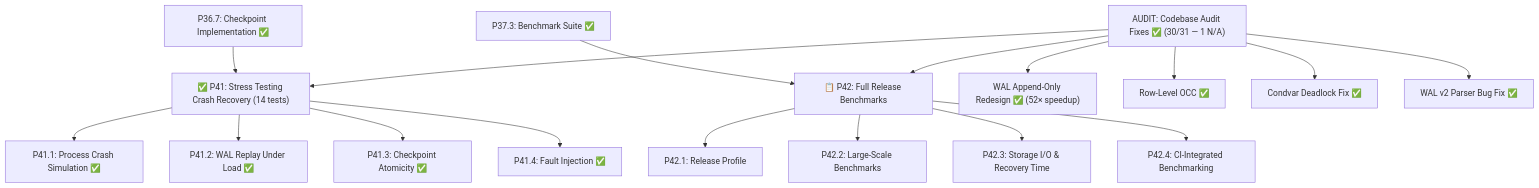
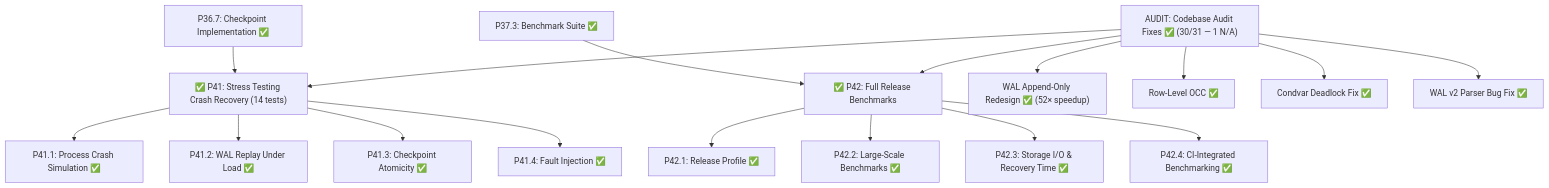
The diagram in akar-core/implementation_plan.md (mlengse/akar), drawn with Mermaid before and after one commit. The commit also changed other lines of this file and 9 other files, not shown here.

Commit message:
perf: add comprehensive benchmark suite for scalability testing and recovery time analysis

````diff
--- a/akar-core/implementation_plan.md
+++ b/akar-core/implementation_plan.md
@@ -208,19 +209,19 @@
 ```mermaid
 graph TD
     P36_7["P36.7: Checkpoint Implementation ✅"] --> P41["✅ P41: Stress Testing Crash Recovery (14 tests)"]
-    P37_3["P37.3: Benchmark Suite ✅"] --> P42["📋 P42: Full Release Benchmarks"]
+    P37_3["P37.3: Benchmark Suite ✅"] --> P42["✅ P42: Full Release Benchmarks"]
     AUDIT["AUDIT: Codebase Audit Fixes ✅ (30/31 — 1 N/A)"] --> P41
     AUDIT --> P42
     P41 --> P41_1["P41.1: Process Crash Simulation ✅"]
     P41 --> P41_2["P41.2: WAL Replay Under Load ✅"]
     P41 --> P41_3["P41.3: Checkpoint Atomicity ✅"]
     P41 --> P41_4["P41.4: Fault Injection ✅"]
-    P42 --> P42_1["P42.1: Release Profile"]
-    P42 --> P42_2["P42.2: Large-Scale Benchmarks"]
-    P42 --> P42_3["P42.3: Storage I/O & Recovery Time"]
-    P42 --> P42_4["P42.4: CI-Integrated Benchmarking"]
+    P42 --> P42_1["P42.1: Release Profile ✅"]
+    P42 --> P42_2["P42.2: Large-Scale Benchmarks ✅"]
+    P42 --> P42_3["P42.3: Storage I/O & Recovery Time ✅"]
+    P42 --> P42_4["P42.4: CI-Integrated Benchmarking ✅"]
     AUDIT --> WAL["WAL Append-Only Redesign ✅ (52× speedup)"]
     AUDIT --> OCC["Row-Level OCC ✅"]
     AUDIT --> CONDVAR["Condvar Deadlock Fix ✅"]
     AUDIT --> PARSER["WAL v2 Parser Bug Fix ✅"]
 ```
````
